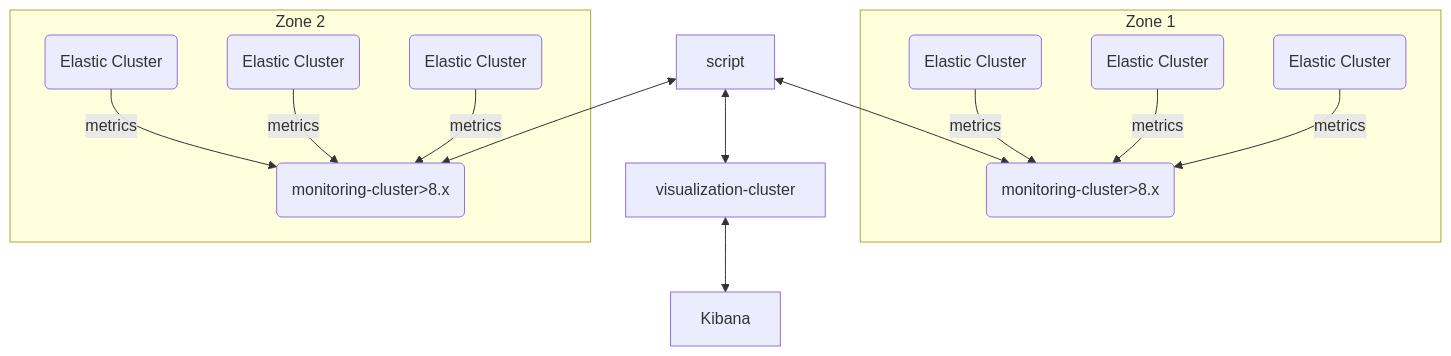
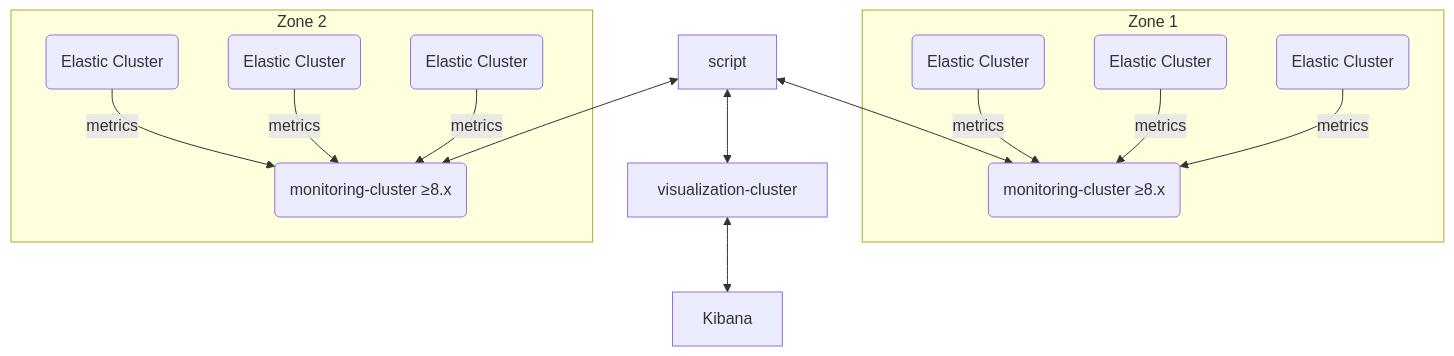
Before and after one commit to ambalbek/consumption_framework-main: the diagram in README.md, drawn with Mermaid. The commit also changed other lines of this file and 26 other files, not shown here.

````diff
--- a/README.md
+++ b/README.md
@@ -56,17 +49,17 @@
 ```mermaid
-  graph TD;
-      subgraph Zone 1
-      elastic-clusters-zone1-1(Elastic Cluster)-->|metrics|monitoring-cluster-zone1(monitoring-cluster>8.x)
-      elastic-clusters-zone1-2(Elastic Cluster)-->|metrics|monitoring-cluster-zone1
-      elastic-clusters-zone1-3(Elastic Cluster)-->|metrics|monitoring-cluster-zone1
-      end
-      subgraph Zone 2
-      elastic-clusters-zone2-1(Elastic Cluster)-->|metrics|monitoring-cluster-zone2(monitoring-cluster>8.x)
-      elastic-clusters-zone2-2(Elastic Cluster)-->|metrics|monitoring-cluster-zone2
-      elastic-clusters-zone2-3(Elastic Cluster)-->|metrics|monitoring-cluster-zone2
-      end
-      script<-->monitoring-cluster-zone1
-      script<-->monitoring-cluster-zone2
-      script<-->visualization-cluster
-      visualization-cluster<-->Kibana
+graph TD;
+    subgraph Zone 1
+    elastic-clusters-zone1-1(Elastic Cluster)-->|metrics|monitoring-cluster-zone1(monitoring-cluster ≥8.x)
+    elastic-clusters-zone1-2(Elastic Cluster)-->|metrics|monitoring-cluster-zone1
+    elastic-clusters-zone1-3(Elastic Cluster)-->|metrics|monitoring-cluster-zone1
+    end
+    subgraph Zone 2
+    elastic-clusters-zone2-1(Elastic Cluster)-->|metrics|monitoring-cluster-zone2(monitoring-cluster ≥8.x)
+    elastic-clusters-zone2-2(Elastic Cluster)-->|metrics|monitoring-cluster-zone2
+    elastic-clusters-zone2-3(Elastic Cluster)-->|metrics|monitoring-cluster-zone2
+    end
+    script<-->monitoring-cluster-zone1
+    script<-->monitoring-cluster-zone2
+    script<-->visualization-cluster
+    visualization-cluster<-->Kibana
 ```
````
